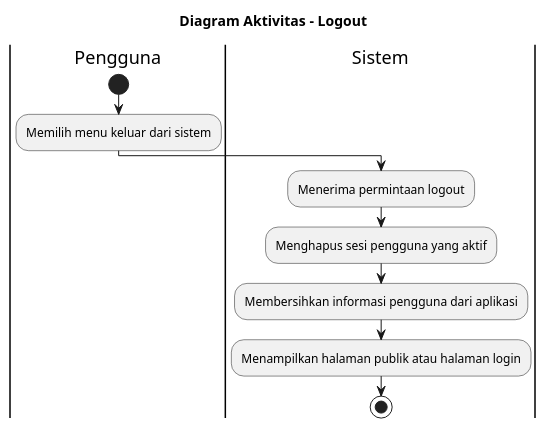
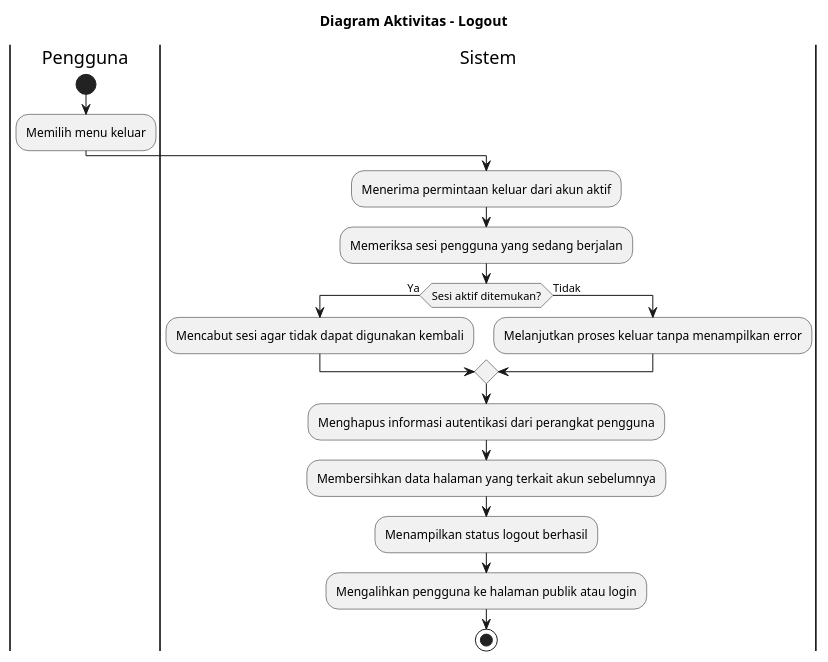
The diagram in docs/activity-diagram/lampiran/seluruh-pengguna-logout.md (howlil/sop-generate-app), drawn with PlantUML before and after one commit. The commit also changed other lines of this file and 90 other files, not shown here.

````diff
--- a/docs/activity-diagram/lampiran/seluruh-pengguna-logout.md
+++ b/docs/activity-diagram/lampiran/seluruh-pengguna-logout.md
@@ -16,17 +16,26 @@
 ```plantuml
 @startuml
 title Diagram Aktivitas - Logout
 
 |Pengguna|
 start
-:Memilih menu keluar dari sistem;
+:Memilih menu keluar;
 
 |Sistem|
-:Menerima permintaan logout;
-:Menghapus sesi pengguna yang aktif;
-:Membersihkan informasi pengguna dari aplikasi;
-:Menampilkan halaman publik atau halaman login;
+:Menerima permintaan keluar dari akun aktif;
+:Memeriksa sesi pengguna yang sedang berjalan;
+
+if (Sesi aktif ditemukan?) then (Ya)
+  :Mencabut sesi agar tidak dapat digunakan kembali;
+else (Tidak)
+  :Melanjutkan proses keluar tanpa menampilkan error;
+endif
+
+:Menghapus informasi autentikasi dari perangkat pengguna;
+:Membersihkan data halaman yang terkait akun sebelumnya;
+:Menampilkan status logout berhasil;
+:Mengalihkan pengguna ke halaman publik atau login;
 
 stop
 @enduml
 ```
````
